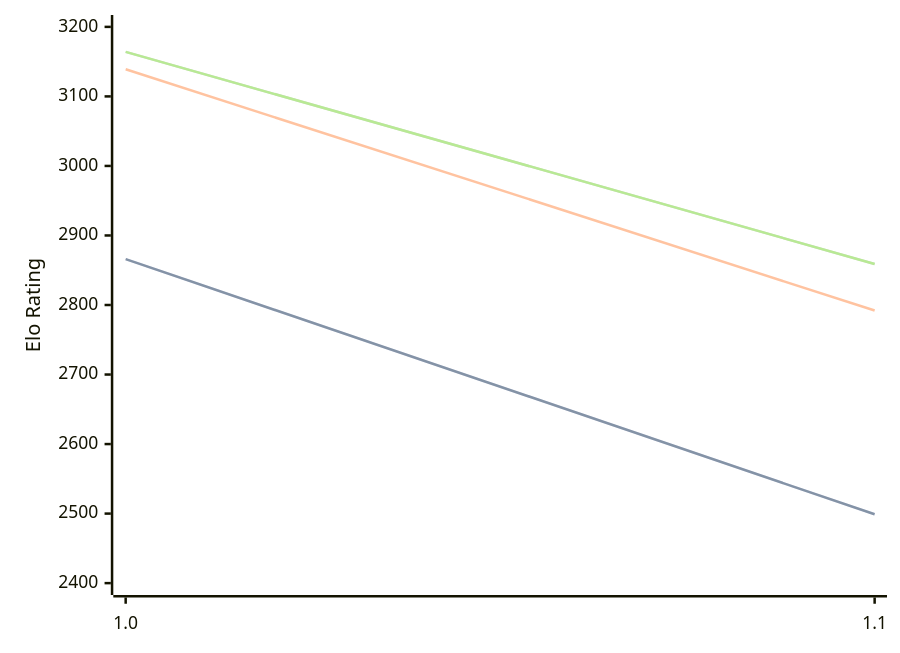
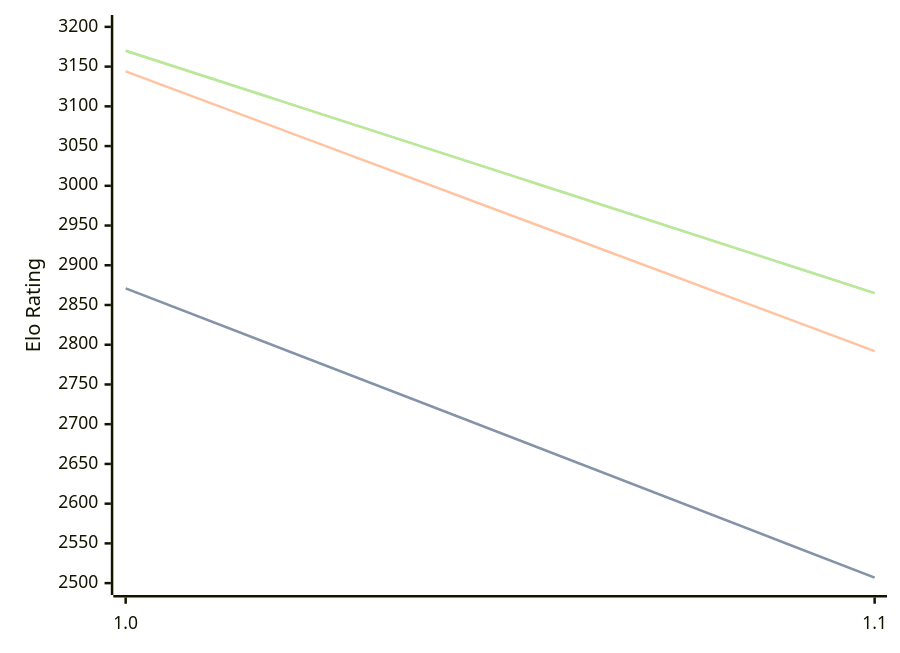
The diagram in engines/Publius.md (computer-chess-index/cci), drawn with Mermaid before and after one commit. The commit also changed other lines of this file, not shown here.

Commit message:
Update CCI Ratings (ELO VLTC) - 2026-04-14

````diff
--- a/engines/Publius.md
+++ b/engines/Publius.md
@@ -32,11 +32,11 @@
 ```mermaid
 %%{init: {"theme":"base","themeVariables":{"seriesColors:['#a3a3a3','#222221','#faa371']}}}%%
 xychart-beta
   x-axis ["1.0", "1.1"]
-  y-axis "Elo Rating" 2400 --> 3200
-  line "STC (8.0+0.08s)" [2866, 2499]
-  line "STC (8.0+0.08s)" [2866, 2499]
-  line "LTC (60.0+0.60s)" [3139, 2792]
-  line "VLTC (2m24s+1.12s)" [3164, 2859]
-  line "VLTC (2m24s+1.12s)" [3164, 2859]
+  y-axis "Elo Rating" 2500 --> 3200
+  line "STC (8.0+0.08s)" [2871, 2507]
+  line "STC (8.0+0.08s)" [2871, 2507]
+  line "LTC (60.0+0.60s)" [3144, 2792]
+  line "VLTC (2m24s+1.12s)" [3170, 2865]
+  line "VLTC (2m24s+1.12s)" [3170, 2865]
 ```
````
